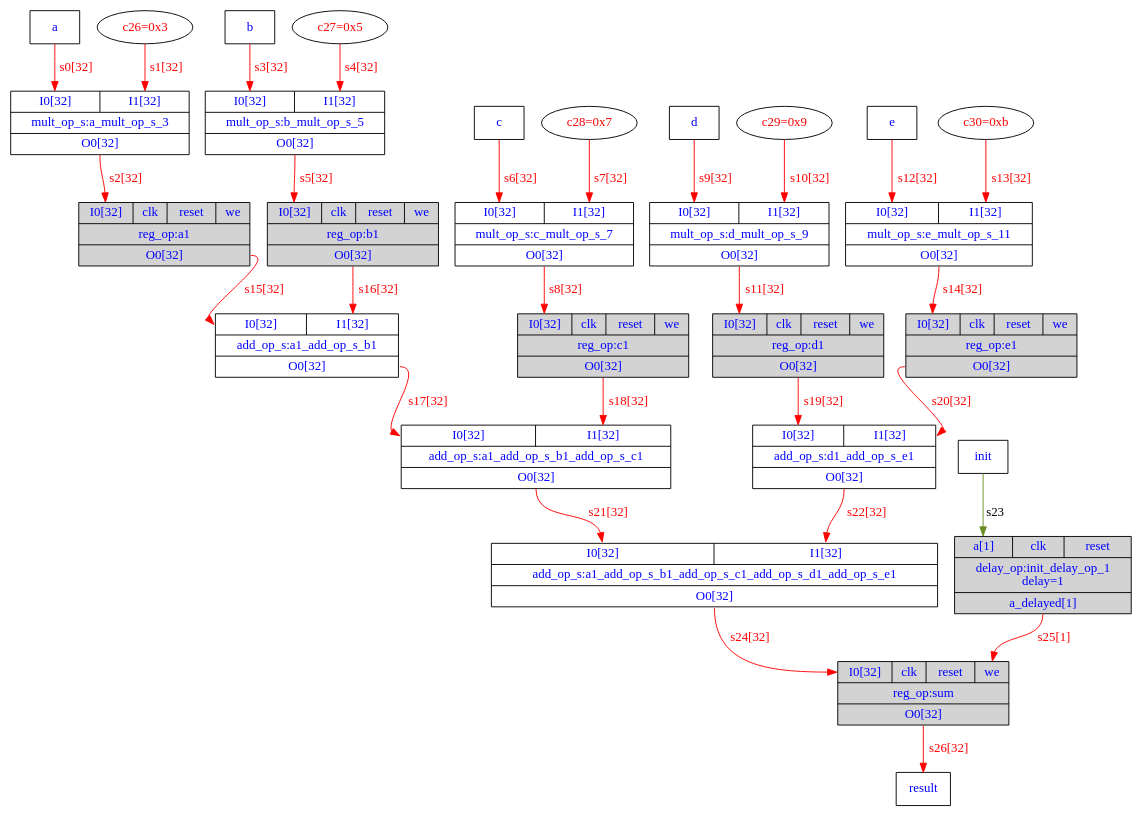
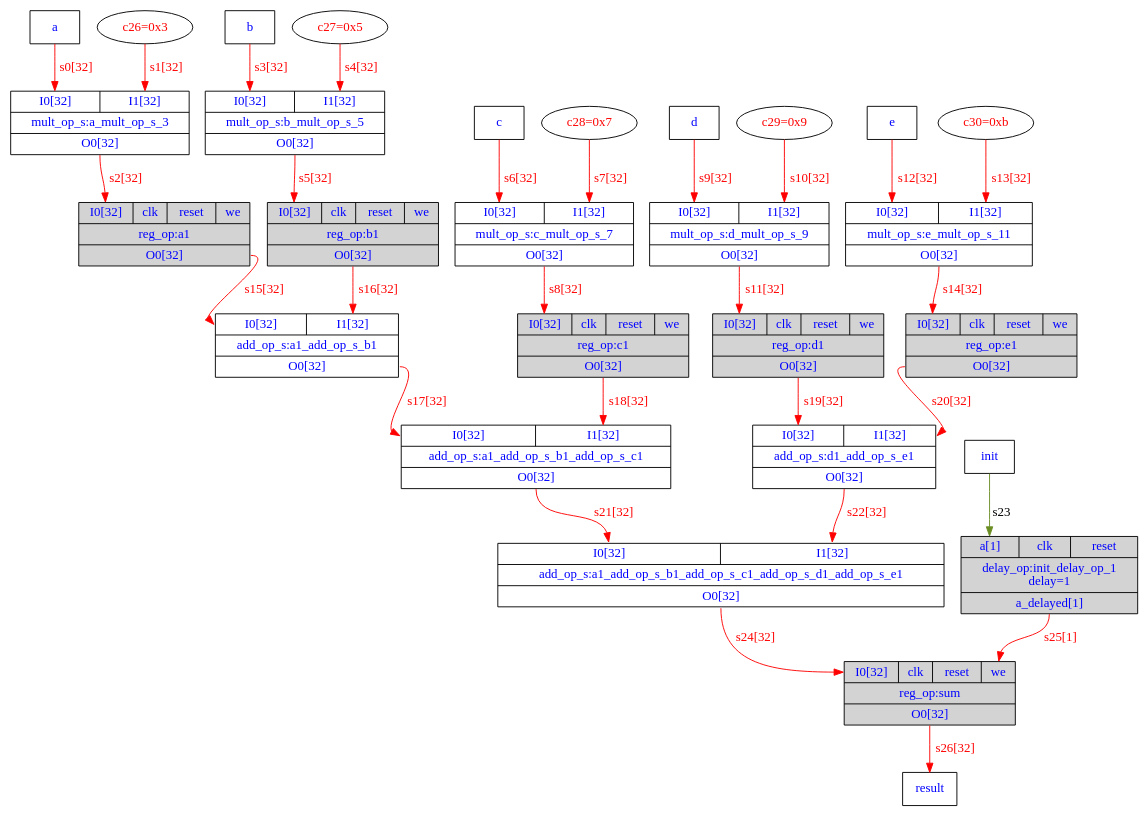
One commit to menotti/lalp changed the diagram in trunk/src/br/ufscar/dc/lalp/examples/fir/fir_hw.dot. Above: the diagram before and after it, drawn with Graphviz. The commit also changed other lines of this file and 81 other files, not shown here.

```diff
--- a/trunk/src/br/ufscar/dc/lalp/examples/fir/fir_hw.dot
+++ b/trunk/src/br/ufscar/dc/lalp/examples/fir/fir_hw.dot
@@ -1,60 +1,60 @@
 digraph fir {
 	// Components (Nodes)
 	"result" [shape=msquare fontcolor=blue label="result"];
 	"init_delay_op_1" [shape=record, fontcolor=blue, style="filled", fillcolor="lightgray", label="{{<a>a[1]|<clk>clk|<reset>reset}|delay_op:init_delay_op_1\ndelay=1|{<a_delayed>a_delayed[1]}}"];
+	"a_mult_op_s_3" [shape=record, fontcolor=blue, label="{{<I0>I0[32]|<I1>I1[32]}|mult_op_s:a_mult_op_s_3|{<O0>O0[32]}}"];
 	"c26" [fontcolor=red label="c26=0x3"];
+	"e_mult_op_s_11" [shape=record, fontcolor=blue, label="{{<I0>I0[32]|<I1>I1[32]}|mult_op_s:e_mult_op_s_11|{<O0>O0[32]}}"];
+	"d1_add_op_s_e1" [shape=record, fontcolor=blue, label="{{<I0>I0[32]|<I1>I1[32]}|add_op_s:d1_add_op_s_e1|{<O0>O0[32]}}"];
 	"d1" [shape=record, fontcolor=blue, style="filled", fillcolor="lightgray", label="{{<I0>I0[32]|<clk>clk|<reset>reset|<we>we}|reg_op:d1|{<O0>O0[32]}}"];
 	"c_mult_op_s_7" [shape=record, fontcolor=blue, label="{{<I0>I0[32]|<I1>I1[32]}|mult_op_s:c_mult_op_s_7|{<O0>O0[32]}}"];
+	"c28" [fontcolor=red label="c28=0x7"];
 	"c30" [fontcolor=red label="c30=0xb"];
 	"c29" [fontcolor=red label="c29=0x9"];
+	"b_mult_op_s_5" [shape=record, fontcolor=blue, label="{{<I0>I0[32]|<I1>I1[32]}|mult_op_s:b_mult_op_s_5|{<O0>O0[32]}}"];
 	"c27" [fontcolor=red label="c27=0x5"];
 	"a1_add_op_s_b1_add_op_s_c1" [shape=record, fontcolor=blue, label="{{<I0>I0[32]|<I1>I1[32]}|add_op_s:a1_add_op_s_b1_add_op_s_c1|{<O0>O0[32]}}"];
+	"d_mult_op_s_9" [shape=record, fontcolor=blue, label="{{<I0>I0[32]|<I1>I1[32]}|mult_op_s:d_mult_op_s_9|{<O0>O0[32]}}"];
+	"c1" [shape=record, fontcolor=blue, style="filled", fillcolor="lightgray", label="{{<I0>I0[32]|<clk>clk|<reset>reset|<we>we}|reg_op:c1|{<O0>O0[32]}}"];
 	"a1_add_op_s_b1_add_op_s_c1_add_op_s_d1_add_op_s_e1" [shape=record, fontcolor=blue, label="{{<I0>I0[32]|<I1>I1[32]}|add_op_s:a1_add_op_s_b1_add_op_s_c1_add_op_s_d1_add_op_s_e1|{<O0>O0[32]}}"];
+	"e1" [shape=record, fontcolor=blue, style="filled", fillcolor="lightgray", label="{{<I0>I0[32]|<clk>clk|<reset>reset|<we>we}|reg_op:e1|{<O0>O0[32]}}"];
+	"a1_add_op_s_b1" [shape=record, fontcolor=blue, label="{{<I0>I0[32]|<I1>I1[32]}|add_op_s:a1_add_op_s_b1|{<O0>O0[32]}}"];
+	"a1" [shape=record, fontcolor=blue, style="filled", fillcolor="lightgray", label="{{<I0>I0[32]|<clk>clk|<reset>reset|<we>we}|reg_op:a1|{<O0>O0[32]}}"];
 	"sum" [shape=record, fontcolor=blue, style="filled", fillcolor="lightgray", label="{{<I0>I0[32]|<clk>clk|<reset>reset|<we>we}|reg_op:sum|{<O0>O0[32]}}"];
-	"a1" [shape=record, fontcolor=blue, style="filled", fillcolor="lightgray", label="{{<I0>I0[32]|<clk>clk|<reset>reset|<we>we}|reg_op:a1|{<O0>O0[32]}}"];
 	"init" [shape=msquare fontcolor=blue label="init"];
 	"e" [shape=msquare fontcolor=blue label="e"];
 	"b" [shape=msquare fontcolor=blue label="b"];
-	"a_mult_op_s_3" [shape=record, fontcolor=blue, label="{{<I0>I0[32]|<I1>I1[32]}|mult_op_s:a_mult_op_s_3|{<O0>O0[32]}}"];
-	"e_mult_op_s_11" [shape=record, fontcolor=blue, label="{{<I0>I0[32]|<I1>I1[32]}|mult_op_s:e_mult_op_s_11|{<O0>O0[32]}}"];
-	"d1_add_op_s_e1" [shape=record, fontcolor=blue, label="{{<I0>I0[32]|<I1>I1[32]}|add_op_s:d1_add_op_s_e1|{<O0>O0[32]}}"];
-	"c28" [fontcolor=red label="c28=0x7"];
-	"b_mult_op_s_5" [shape=record, fontcolor=blue, label="{{<I0>I0[32]|<I1>I1[32]}|mult_op_s:b_mult_op_s_5|{<O0>O0[32]}}"];
-	"c1" [shape=record, fontcolor=blue, style="filled", fillcolor="lightgray", label="{{<I0>I0[32]|<clk>clk|<reset>reset|<we>we}|reg_op:c1|{<O0>O0[32]}}"];
-	"d_mult_op_s_9" [shape=record, fontcolor=blue, label="{{<I0>I0[32]|<I1>I1[32]}|mult_op_s:d_mult_op_s_9|{<O0>O0[32]}}"];
-	"e1" [shape=record, fontcolor=blue, style="filled", fillcolor="lightgray", label="{{<I0>I0[32]|<clk>clk|<reset>reset|<we>we}|reg_op:e1|{<O0>O0[32]}}"];
-	"a1_add_op_s_b1" [shape=record, fontcolor=blue, label="{{<I0>I0[32]|<I1>I1[32]}|add_op_s:a1_add_op_s_b1|{<O0>O0[32]}}"];
+	"c" [shape=msquare fontcolor=blue label="c"];
 	"b1" [shape=record, fontcolor=blue, style="filled", fillcolor="lightgray", label="{{<I0>I0[32]|<clk>clk|<reset>reset|<we>we}|reg_op:b1|{<O0>O0[32]}}"];
-	"c" [shape=msquare fontcolor=blue label="c"];
 	"d" [shape=msquare fontcolor=blue label="d"];
 	"a" [shape=msquare fontcolor=blue label="a"];
 
 	// Signals (Edges)
 	"a" -> "a_mult_op_s_3":I0 [label="s0[32]" color=red fontcolor=red];
 	"d1_add_op_s_e1":O0 -> "a1_add_op_s_b1_add_op_s_c1_add_op_s_d1_add_op_s_e1":I1 [label="s22[32]" color=red fontcolor=red];
 	"sum":O0 -> "result" [label="s26[32]" color=red fontcolor=red];
 	"d_mult_op_s_9":O0 -> "d1":I0 [label="s11[32]" color=red fontcolor=red];
 	"a1":O0 -> "a1_add_op_s_b1":I0 [label="s15[32]" color=red fontcolor=red];
 	"init_delay_op_1":a_delayed -> "sum":we [label="s25[1]" color=red fontcolor=red];
 	"d1":O0 -> "d1_add_op_s_e1":I0 [label="s19[32]" color=red fontcolor=red];
 	"a1_add_op_s_b1_add_op_s_c1":O0 -> "a1_add_op_s_b1_add_op_s_c1_add_op_s_d1_add_op_s_e1":I0 [label="s21[32]" color=red fontcolor=red];
 	"init" -> "init_delay_op_1":a [label="s23" color=olivedrab];
 	"d" -> "d_mult_op_s_9":I0 [label="s9[32]" color=red fontcolor=red];
 	"c28" -> "c_mult_op_s_7":I1 [label="s7[32]" color=red fontcolor=red];
 	"b_mult_op_s_5":O0 -> "b1":I0 [label="s5[32]" color=red fontcolor=red];
 	"b" -> "b_mult_op_s_5":I0 [label="s3[32]" color=red fontcolor=red];
 	"c26" -> "a_mult_op_s_3":I1 [label="s1[32]" color=red fontcolor=red];
 	"c30" -> "e_mult_op_s_11":I1 [label="s13[32]" color=red fontcolor=red];
 	"a1_add_op_s_b1":O0 -> "a1_add_op_s_b1_add_op_s_c1":I0 [label="s17[32]" color=red fontcolor=red];
 	"e1":O0 -> "d1_add_op_s_e1":I1 [label="s20[32]" color=red fontcolor=red];
 	"a1_add_op_s_b1_add_op_s_c1_add_op_s_d1_add_op_s_e1":O0 -> "sum":I0 [label="s24[32]" color=red fontcolor=red];
 	"e_mult_op_s_11":O0 -> "e1":I0 [label="s14[32]" color=red fontcolor=red];
 	"c29" -> "d_mult_op_s_9":I1 [label="s10[32]" color=red fontcolor=red];
 	"b1":O0 -> "a1_add_op_s_b1":I1 [label="s16[32]" color=red fontcolor=red];
 	"e" -> "e_mult_op_s_11":I0 [label="s12[32]" color=red fontcolor=red];
 	"c1":O0 -> "a1_add_op_s_b1_add_op_s_c1":I1 [label="s18[32]" color=red fontcolor=red];
 	"c_mult_op_s_7":O0 -> "c1":I0 [label="s8[32]" color=red fontcolor=red];
 	"c" -> "c_mult_op_s_7":I0 [label="s6[32]" color=red fontcolor=red];
 	"c27" -> "b_mult_op_s_5":I1 [label="s4[32]" color=red fontcolor=red];
 	"a_mult_op_s_3":O0 -> "a1":I0 [label="s2[32]" color=red fontcolor=red];
 }
```
